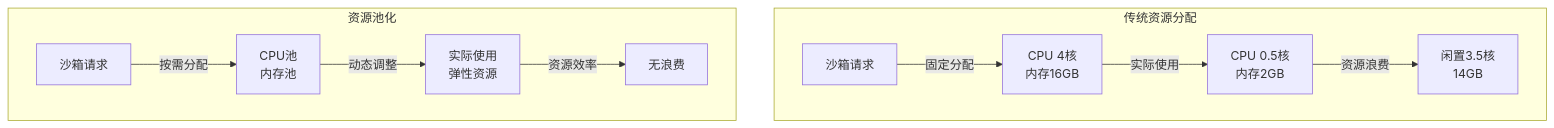
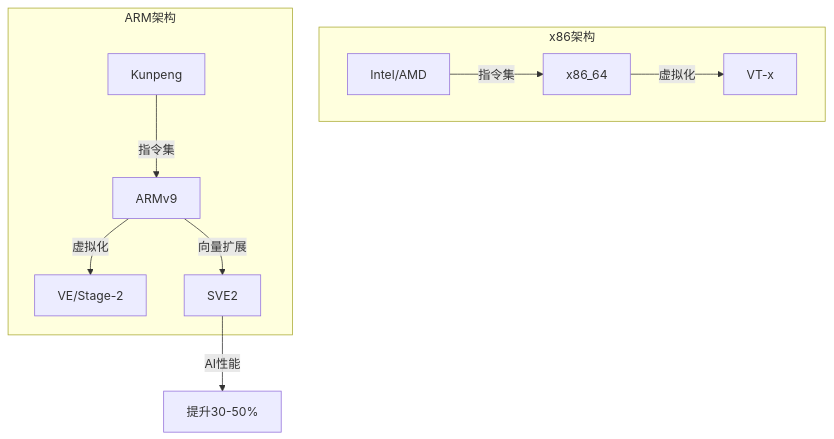
Before and after one commit to QJWang23/sandbox: diagram 14 of 20 in docs/superpowers/specs/2026-03-22-agent-sandbox-technical-roadmap.md, drawn with Mermaid. The commit also changed other lines of this file, not shown here.

First line of the commit message:
Update technical roadmap with production scenarios focus

````diff
--- a/docs/superpowers/specs/2026-03-22-agent-sandbox-technical-roadmap.md
+++ b/docs/superpowers/specs/2026-03-22-agent-sandbox-technical-roadmap.md
@@ -505,13 +537,15 @@
 ```mermaid
 graph TB
-    subgraph "传统资源分配"
-        A[沙箱请求] -->|固定分配| B[CPU 4核<br/>内存16GB]
-        B -->|实际使用| C[CPU 0.5核<br/>内存2GB]
-        C -->|资源浪费| D[闲置3.5核<br/>14GB]
+    subgraph "x86架构"
+        A[Intel/AMD] -->|指令集| B[x86_64]
+        B -->|虚拟化| C[VT-x]
     end
-    subgraph "资源池化"
-        E[沙箱请求] -->|按需分配| F[CPU池<br/>内存池]
-        F -->|动态调整| G[实际使用<br/>弹性资源]
-        G -->|资源效率| H[无浪费]
+
+    subgraph "ARM架构"
+        D[Kunpeng] -->|指令集| E[ARMv9]
+        E -->|虚拟化| F[VE/Stage-2]
+        E -->|向量扩展| G[SVE2]
     end
+
+    G -->|AI性能| H[提升30-50%]
 ```
````
